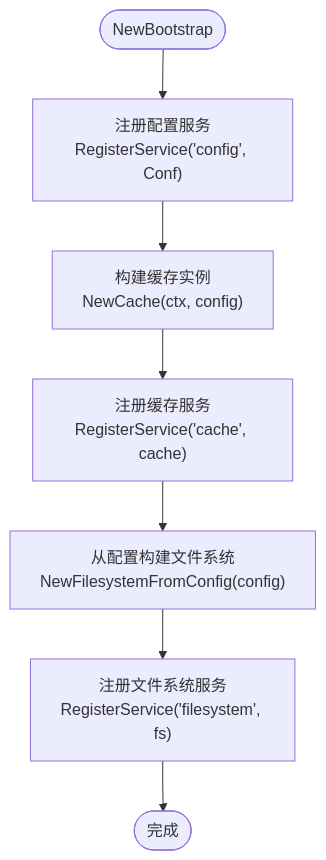
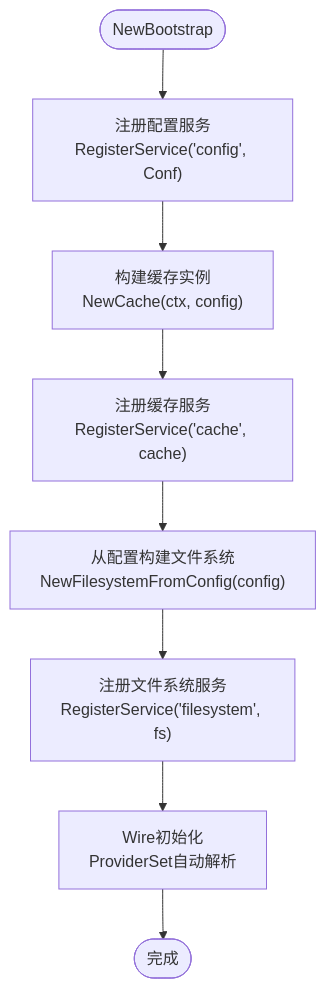
The fourth of 7 diagrams in .qoder/repowiki/zh/content/核心架构/依赖注入机制.md (wuwuseo/cmf), drawn with Mermaid before and after one commit. The commit also changed other lines of this file and 5 other files, not shown here.

````diff
--- a/.qoder/repowiki/zh/content/核心架构/依赖注入机制.md
+++ b/.qoder/repowiki/zh/content/核心架构/依赖注入机制.md
@@ -157,9 +188,10 @@
 ```mermaid
 flowchart TD
 Start(["NewBootstrap"]) --> RegCfg["注册配置服务<br/>RegisterService('config', Conf)"]
 RegCfg --> BuildCache["构建缓存实例<br/>NewCache(ctx, config)"]
 BuildCache --> RegCache["注册缓存服务<br/>RegisterService('cache', cache)"]
 RegCache --> BuildFS["从配置构建文件系统<br/>NewFilesystemFromConfig(config)"]
 BuildFS --> RegFS["注册文件系统服务<br/>RegisterService('filesystem', fs)"]
-RegFS --> End(["完成"])
+RegFS --> WireInit["Wire初始化<br/>ProviderSet自动解析"]
+WireInit --> End(["完成"])
 ```
````
